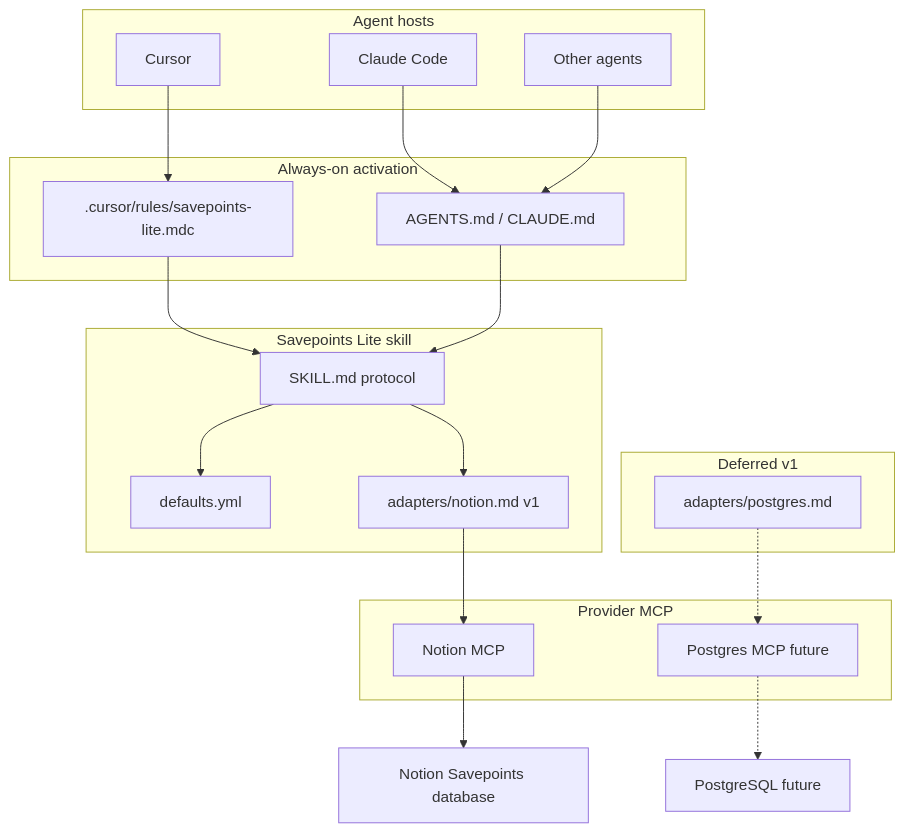
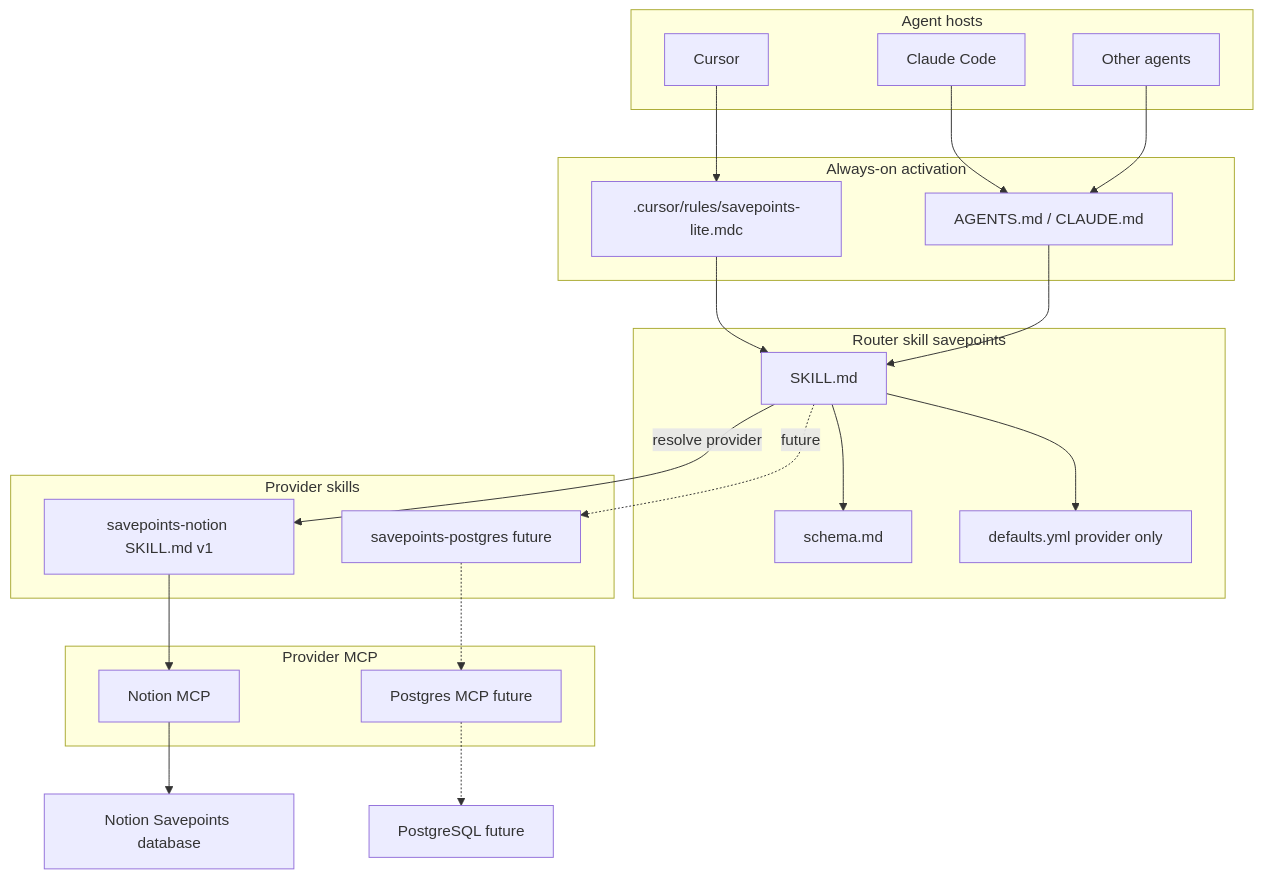
Before and after one commit to multipliers-dev/savepoints-lite: the diagram in .cursor/plans/2026-10-27-savepoints-lite-v1.plan.md, drawn with Mermaid. The commit also changed other lines of this file, not shown here.

First line of the commit message:
Plan: router skill delegates to savepoints-notion provider skill.

````diff
--- a/.cursor/plans/2026-10-27-savepoints-lite-v1.plan.md
+++ b/.cursor/plans/2026-10-27-savepoints-lite-v1.plan.md
@@ -31,35 +31,38 @@
 ```mermaid
 flowchart TB
   subgraph hosts [Agent hosts]
     Cursor["Cursor"]
     Claude["Claude Code"]
     Other["Other agents"]
   end
   subgraph activation [Always-on activation]
     Rule[".cursor/rules/savepoints-lite.mdc"]
     AgentsDoc["AGENTS.md / CLAUDE.md"]
   end
-  subgraph skillLayer [Savepoints Lite skill]
-    Skill["SKILL.md protocol"]
-    Defaults["defaults.yml"]
-    AdapterDoc["adapters/notion.md v1"]
+  subgraph router [Router skill savepoints]
+    RouterSkill["SKILL.md"]
+    Schema["schema.md"]
+    RouterDefaults["defaults.yml provider only"]
   end
-  subgraph future [Deferred v1]
-    PgAdapter["adapters/postgres.md"]
+  subgraph providersSkills [Provider skills]
+    NotionSkill["savepoints-notion SKILL.md v1"]
+    PgSkill["savepoints-postgres future"]
   end
-  subgraph providers [Provider MCP]
+  subgraph mcp [Provider MCP]
     NotionMCP["Notion MCP"]
     PgMCP["Postgres MCP future"]
   end
   Cursor --> Rule
   Claude --> AgentsDoc
   Other --> AgentsDoc
-  Rule --> Skill
-  AgentsDoc --> Skill
-  Skill --> Defaults
-  Skill --> AdapterDoc
-  AdapterDoc --> NotionMCP
-  PgAdapter -.-> PgMCP
+  Rule --> RouterSkill
+  AgentsDoc --> RouterSkill
+  RouterSkill --> Schema
+  RouterSkill --> RouterDefaults
+  RouterSkill -->|"resolve provider"| NotionSkill
+  RouterSkill -.->|"future"| PgSkill
+  NotionSkill --> NotionMCP
+  PgSkill -.-> PgMCP
   NotionMCP --> NotionDB["Notion Savepoints database"]
   PgMCP -.-> Postgres["PostgreSQL future"]
 ```
````
